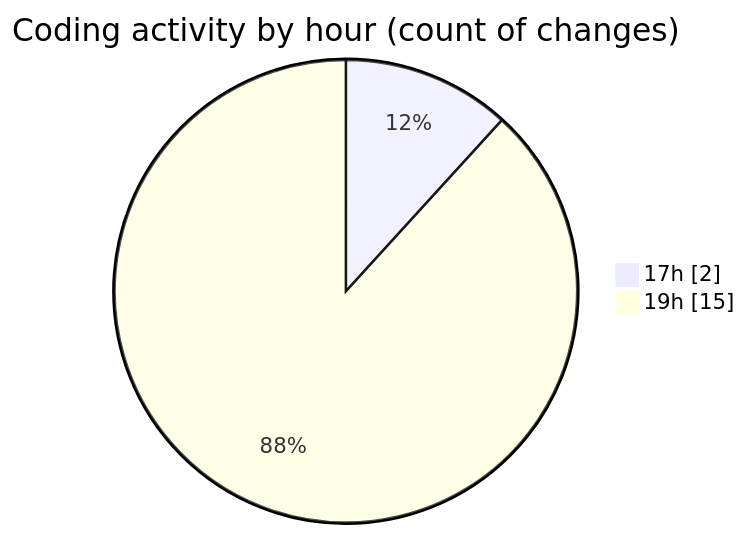
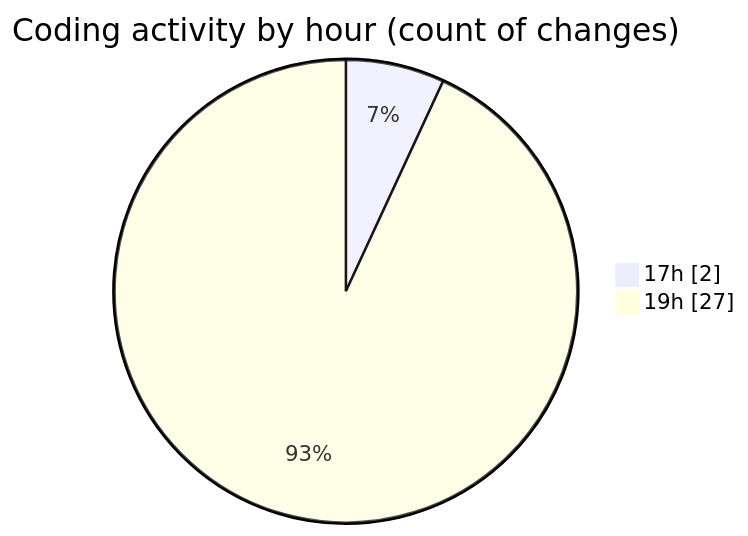
One commit to Netris89/code-tracking changed the second of 2 diagrams in 2025-10-21/skintrack/README.md. Above: the diagram before and after it, drawn with Mermaid. The commit also changed other lines of this file and 1 other file, not shown here.

````diff
--- a/2025-10-21/skintrack/README.md
+++ b/2025-10-21/skintrack/README.md
@@ -39,6 +39,6 @@
 ```mermaid
 pie showData
 title Coding activity by hour (count of changes)
 "17h" : 2
-"19h" : 15
+"19h" : 27
 ```
````
